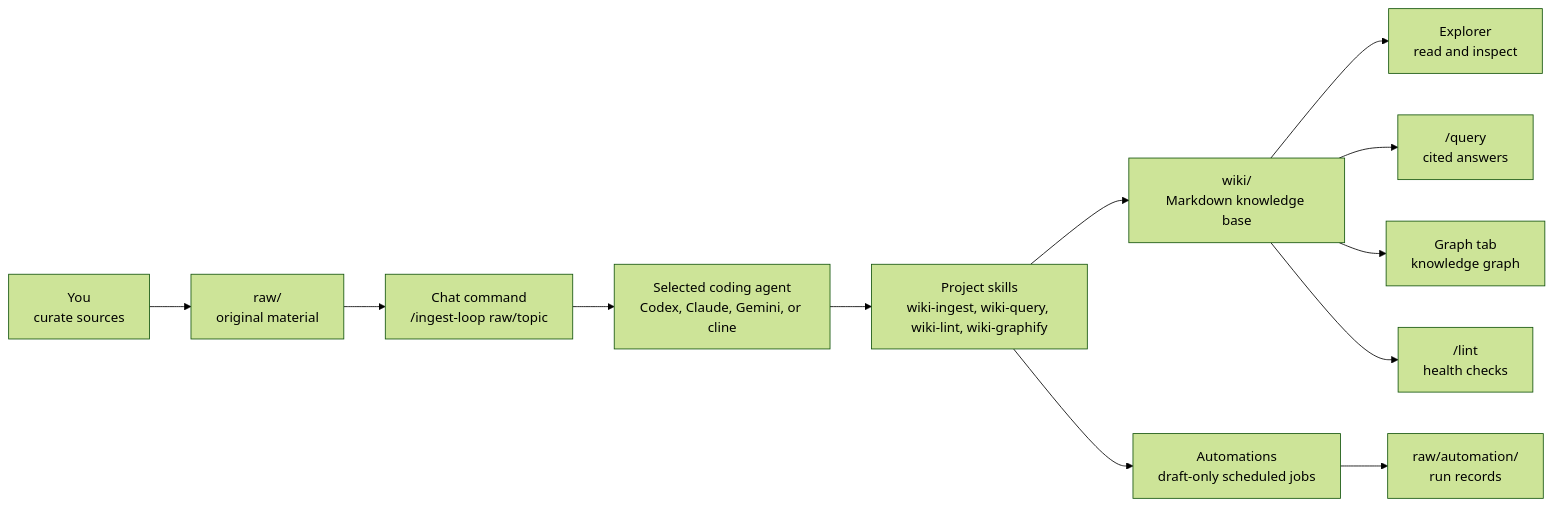
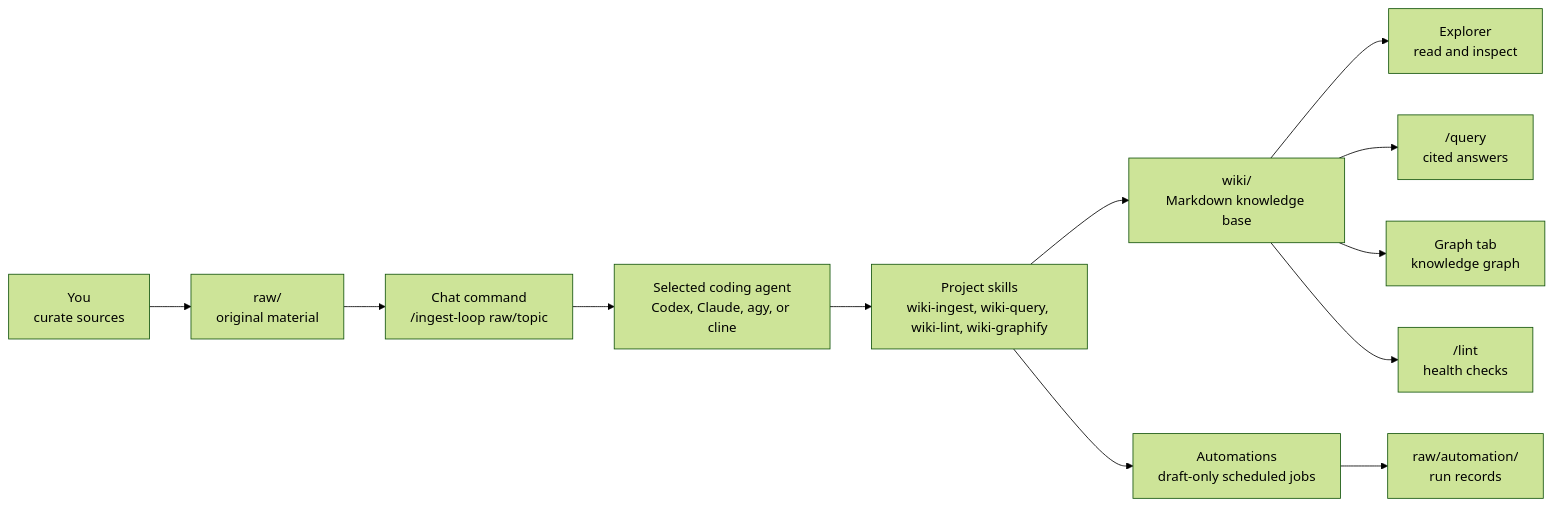
The diagram in README.md (hjhun/llm-wiki), drawn with Mermaid (forest theme) before and after one commit. The commit also changed other lines of this file and 23 other files, not shown here.

First line of the commit message:
Replace Gemini CLI with agy

````diff
--- a/README.md
+++ b/README.md
@@ -28,14 +28,14 @@
 ```mermaid
 flowchart LR
     User["You<br/>curate sources"] --> Raw["raw/<br/>original material"]
     Raw --> Chat["Chat command<br/>/ingest-loop raw/topic"]
-    Chat --> Agent["Selected coding agent<br/>Codex, Claude, Gemini, or cline"]
+    Chat --> Agent["Selected coding agent<br/>Codex, Claude, agy, or cline"]
     Agent --> Skills["Project skills<br/>wiki-ingest, wiki-query, wiki-lint, wiki-graphify"]
     Skills --> Wiki["wiki/<br/>Markdown knowledge base"]
     Wiki --> Explorer["Explorer<br/>read and inspect"]
     Wiki --> Query["/query<br/>cited answers"]
     Wiki --> Graph["Graph tab<br/>knowledge graph"]
     Wiki --> Lint["/lint<br/>health checks"]
     Skills --> Automation["Automations<br/>draft-only scheduled jobs"]
     Automation --> RawAutomation["raw/automation/<br/>run records"]
 ```
````
